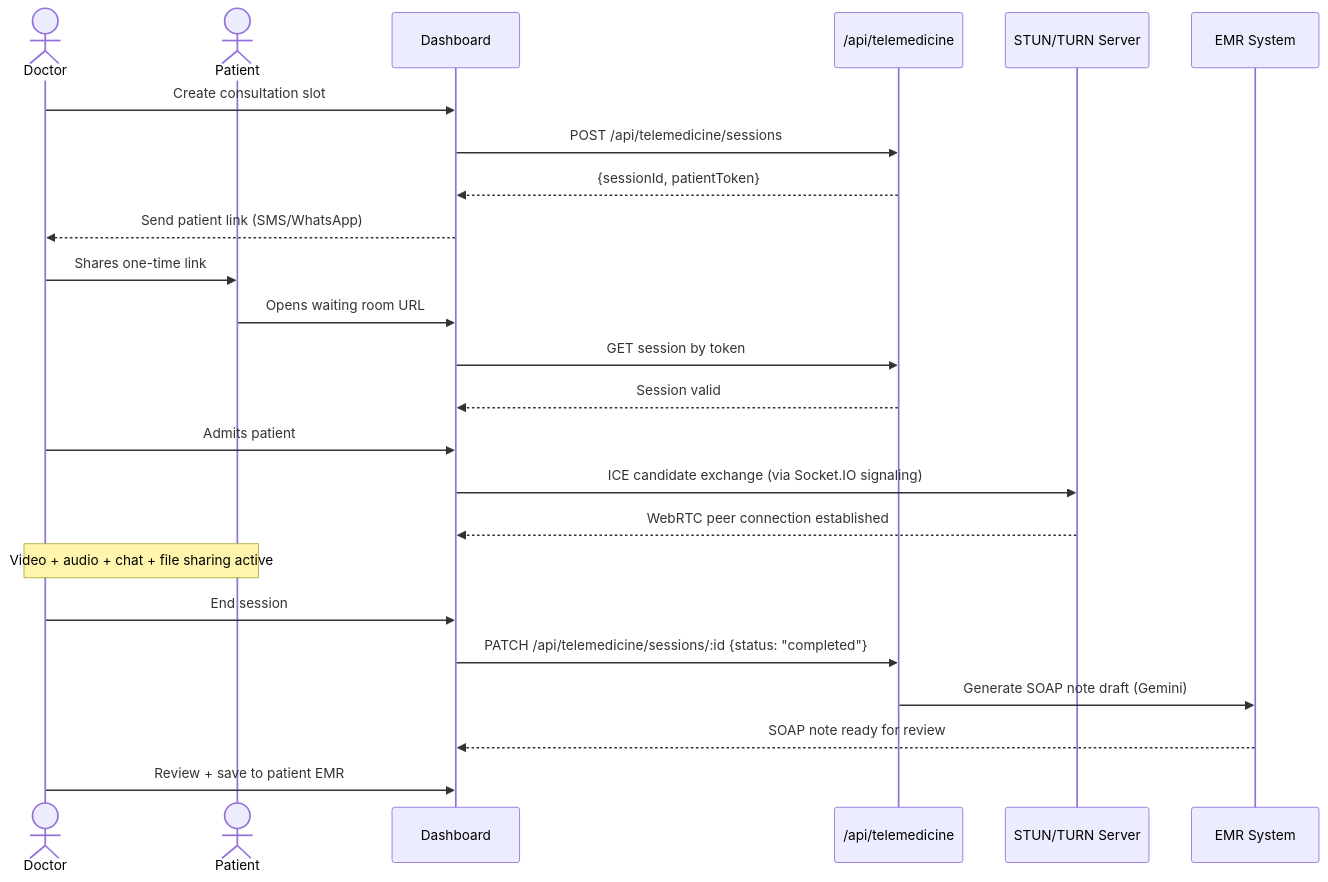
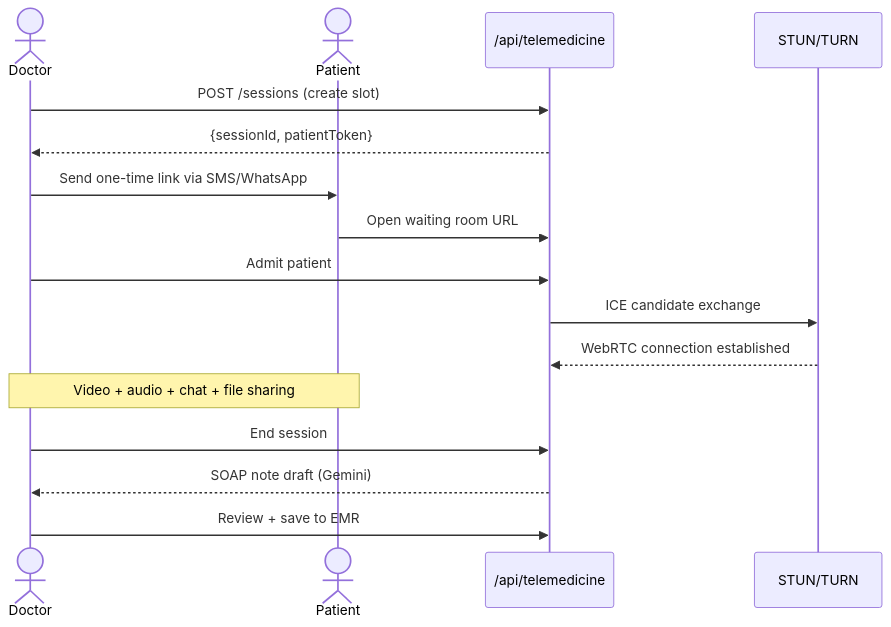
Diagram 14 of 18 in README.md (Avvicenna/intelligenceboard), drawn with Mermaid before and after one commit. The commit also changed other lines of this file, not shown here.

````diff
--- a/README.md
+++ b/README.md
@@ -2440,31 +1520,19 @@
 ```mermaid
 sequenceDiagram
     actor Doctor
     actor Patient
-    participant Dashboard
     participant API as /api/telemedicine
-    participant TURN as STUN/TURN Server
-    participant EMR as EMR System
+    participant TURN as STUN/TURN
 
-    Doctor->>Dashboard: Create consultation slot
-    Dashboard->>API: POST /api/telemedicine/sessions
-    API-->>Dashboard: {sessionId, patientToken}
-    Dashboard-->>Doctor: Send patient link (SMS/WhatsApp)
-    Doctor->>Patient: Shares one-time link
-
-    Patient->>Dashboard: Opens waiting room URL
-    Dashboard->>API: GET session by token
-    API-->>Dashboard: Session valid
-
-    Doctor->>Dashboard: Admits patient
-    Dashboard->>TURN: ICE candidate exchange (via Socket.IO signaling)
-    TURN-->>Dashboard: WebRTC peer connection established
-
-    Note over Doctor,Patient: Video + audio + chat + file sharing active
-
-    Doctor->>Dashboard: End session
-    Dashboard->>API: PATCH /api/telemedicine/sessions/:id {status: "completed"}
-    API->>EMR: Generate SOAP note draft (Gemini)
-    EMR-->>Dashboard: SOAP note ready for review
-    Doctor->>Dashboard: Review + save to patient EMR
+    Doctor->>API: POST /sessions (create slot)
+    API-->>Doctor: {sessionId, patientToken}
+    Doctor->>Patient: Send one-time link via SMS/WhatsApp
+    Patient->>API: Open waiting room URL
+    Doctor->>API: Admit patient
+    API->>TURN: ICE candidate exchange
+    TURN-->>API: WebRTC connection established
+    Note over Doctor,Patient: Video + audio + chat + file sharing
+    Doctor->>API: End session
+    API-->>Doctor: SOAP note draft (Gemini)
+    Doctor->>API: Review + save to EMR
 ```
````
